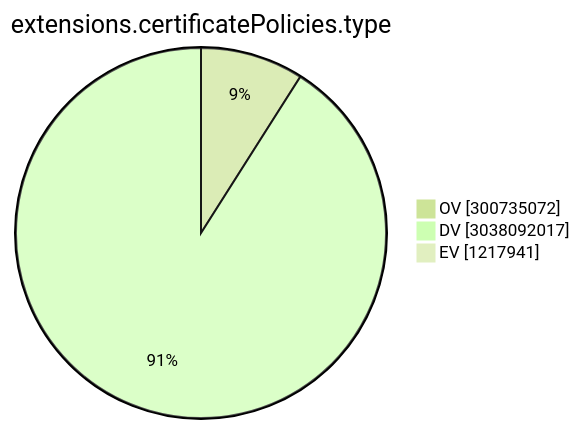
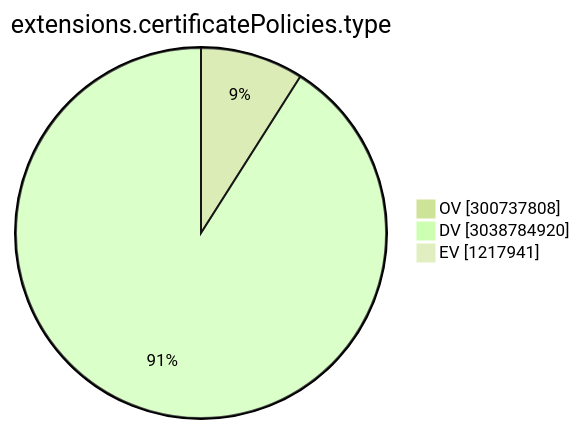
Before and after one commit to christiankrug/ctmonitor_visualization: the ninth of 15 diagrams in TOTAL/README.md, drawn with Mermaid (forest theme). The commit also changed other lines of this file, not shown here.

````diff
--- a/TOTAL/README.md
+++ b/TOTAL/README.md
@@ -3102,7 +3102,7 @@
 ```mermaid
 pie showData
 title extensions.certificatePolicies.type
-"OV" :300735072
-"DV" :3038092017
+"OV" :300737808
+"DV" :3038784920
 "EV" :1217941
 ```
````
